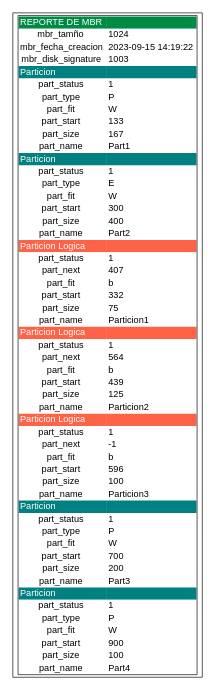
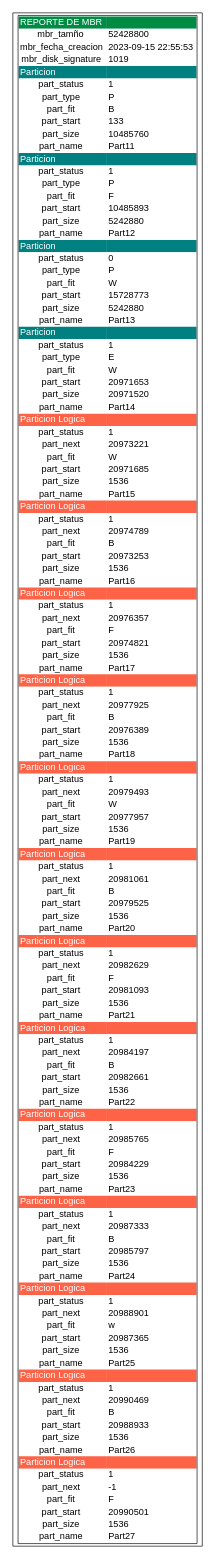
The diagram in reportes/reporte_mbr.dot (luis-tavico/MIA_2SP1_202000562), drawn with Graphviz before and after one commit. The commit also changed 50 other files, not shown here.

```diff
--- a/reportes/reporte_mbr.dot
+++ b/reportes/reporte_mbr.dot
@@ -8,15 +8,15 @@
         </tr>
         <tr>
             <td bgcolor="white" align="center"> mbr_tamño </td>
-            <td bgcolor="white" align="left"> 1024 </td>
+            <td bgcolor="white" align="left"> 52428800 </td>
         </tr>
         <tr>
             <td bgcolor="white" align="center"> mbr_fecha_creacion </td>
-            <td bgcolor="white" align="left"> 2023-09-15 14:19:22 </td>
+            <td bgcolor="white" align="left"> 2023-09-15 22:55:53 </td>
         </tr>
         <tr>
             <td bgcolor="white" align="center"> mbr_disk_signature </td>
-            <td bgcolor="white" align="left"> 1003 </td>
+            <td bgcolor="white" align="left"> 1019 </td>
         </tr>
         <tr>
             <td bgcolor="teal" align="left"><font color="white"> Particion </font></td>
@@ -32,7 +32,7 @@
         </tr>
         <tr>
             <td bgcolor="white" align="center"> part_fit </td>
-            <td bgcolor="white" align="left"> W </td>
+            <td bgcolor="white" align="left"> B </td>
         </tr>
         <tr>
             <td bgcolor="white" align="center"> part_start </td>
@@ -40,11 +40,67 @@
         </tr>
         <tr>
             <td bgcolor="white" align="center"> part_size </td>
-            <td bgcolor="white" align="left"> 167 </td>
+            <td bgcolor="white" align="left"> 10485760 </td>
         </tr>
         <tr>
             <td bgcolor="white" align="center"> part_name </td>
-            <td bgcolor="white" align="left"> Part1 </td>
+            <td bgcolor="white" align="left"> Part11 </td>
+        </tr>
+        <tr>
+            <td bgcolor="teal" align="left"><font color="white"> Particion </font></td>
+            <td bgcolor="teal" align="left"><font color="white"> </font></td>
+        </tr>
+        <tr>
+            <td bgcolor="white" align="center"> part_status </td>
+            <td bgcolor="white" align="left"> 1 </td>
+        </tr>
+        <tr>
+            <td bgcolor="white" align="center"> part_type </td>
+            <td bgcolor="white" align="left"> P </td>
+        </tr>
+        <tr>
+            <td bgcolor="white" align="center"> part_fit </td>
+            <td bgcolor="white" align="left"> F </td>
+        </tr>
+        <tr>
+            <td bgcolor="white" align="center"> part_start </td>
+            <td bgcolor="white" align="left"> 10485893 </td>
+        </tr>
+        <tr>
+            <td bgcolor="white" align="center"> part_size </td>
+            <td bgcolor="white" align="left"> 5242880 </td>
+        </tr>
+        <tr>
+            <td bgcolor="white" align="center"> part_name </td>
+            <td bgcolor="white" align="left"> Part12 </td>
+        </tr>
+        <tr>
+            <td bgcolor="teal" align="left"><font color="white"> Particion </font></td>
+            <td bgcolor="teal" align="left"><font color="white"> </font></td>
+        </tr>
+        <tr>
+            <td bgcolor="white" align="center"> part_status </td>
+            <td bgcolor="white" align="left"> 0 </td>
+        </tr>
+        <tr>
+            <td bgcolor="white" align="center"> part_type </td>
+            <td bgcolor="white" align="left"> P </td>
+        </tr>
+        <tr>
+            <td bgcolor="white" align="center"> part_fit </td>
+            <td bgcolor="white" align="left"> W </td>
+        </tr>
+        <tr>
+            <td bgcolor="white" align="center"> part_start </td>
+            <td bgcolor="white" align="left"> 15728773 </td>
+        </tr>
+        <tr>
+            <td bgcolor="white" align="center"> part_size </td>
+            <td bgcolor="white" align="left"> 5242880 </td>
+        </tr>
+        <tr>
+            <td bgcolor="white" align="center"> part_name </td>
+            <td bgcolor="white" align="left"> Part13 </td>
         </tr>
         <tr>
             <td bgcolor="teal" align="left"><font color="white"> Particion </font></td>
@@ -64,15 +120,15 @@
         </tr>
         <tr>
             <td bgcolor="white" align="center"> part_start </td>
-            <td bgcolor="white" align="left"> 300 </td>
+            <td bgcolor="white" align="left"> 20971653 </td>
         </tr>
         <tr>
             <td bgcolor="white" align="center"> part_size </td>
-            <td bgcolor="white" align="left"> 400 </td>
+            <td bgcolor="white" align="left"> 20971520 </td>
         </tr>
         <tr>
             <td bgcolor="white" align="center"> part_name </td>
-            <td bgcolor="white" align="left"> Part2 </td>
+            <td bgcolor="white" align="left"> Part14 </td>
         </tr>
         <tr>
             <td bgcolor="tomato" align="left"><font color="white"> Particion Logica </font></td>
@@ -84,23 +140,23 @@
         </tr>
         <tr>
             <td bgcolor="white" align="center"> part_next </td>
-            <td bgcolor="white" align="left"> 407 </td>
+            <td bgcolor="white" align="left"> 20973221 </td>
         </tr>
         <tr>
             <td bgcolor="white" align="center"> part_fit </td>
-            <td bgcolor="white" align="left"> b </td>
+            <td bgcolor="white" align="left"> W </td>
         </tr>
         <tr>
             <td bgcolor="white" align="center"> part_start </td>
-            <td bgcolor="white" align="left"> 332 </td>
+            <td bgcolor="white" align="left"> 20971685 </td>
         </tr>
         <tr>
             <td bgcolor="white" align="center"> part_size </td>
-            <td bgcolor="white" align="left"> 75 </td>
+            <td bgcolor="white" align="left"> 1536 </td>
         </tr>
         <tr>
             <td bgcolor="white" align="center"> part_name </td>
-            <td bgcolor="white" align="left"> Particion1 </td>
+            <td bgcolor="white" align="left"> Part15 </td>
         </tr>
         <tr>
             <td bgcolor="tomato" align="left"><font color="white"> Particion Logica </font></td>
@@ -112,23 +168,303 @@
         </tr>
         <tr>
             <td bgcolor="white" align="center"> part_next </td>
-            <td bgcolor="white" align="left"> 564 </td>
+            <td bgcolor="white" align="left"> 20974789 </td>
         </tr>
         <tr>
             <td bgcolor="white" align="center"> part_fit </td>
-            <td bgcolor="white" align="left"> b </td>
+            <td bgcolor="white" align="left"> B </td>
         </tr>
         <tr>
             <td bgcolor="white" align="center"> part_start </td>
-            <td bgcolor="white" align="left"> 439 </td>
+            <td bgcolor="white" align="left"> 20973253 </td>
         </tr>
         <tr>
             <td bgcolor="white" align="center"> part_size </td>
-            <td bgcolor="white" align="left"> 125 </td>
+            <td bgcolor="white" align="left"> 1536 </td>
         </tr>
         <tr>
             <td bgcolor="white" align="center"> part_name </td>
-            <td bgcolor="white" align="left"> Particion2 </td>
+            <td bgcolor="white" align="left"> Part16 </td>
+        </tr>
+        <tr>
+            <td bgcolor="tomato" align="left"><font color="white"> Particion Logica </font></td>
+            <td bgcolor="tomato" align="left"><font color="white"> </font></td>
+        </tr>
+        <tr>
+            <td bgcolor="white" align="center"> part_status </td>
+            <td bgcolor="white" align="left"> 1 </td>
+        </tr>
+        <tr>
+            <td bgcolor="white" align="center"> part_next </td>
+            <td bgcolor="white" align="left"> 20976357 </td>
+        </tr>
+        <tr>
+            <td bgcolor="white" align="center"> part_fit </td>
+            <td bgcolor="white" align="left"> F </td>
+        </tr>
+        <tr>
+            <td bgcolor="white" align="center"> part_start </td>
+            <td bgcolor="white" align="left"> 20974821 </td>
+        </tr>
+        <tr>
+            <td bgcolor="white" align="center"> part_size </td>
+            <td bgcolor="white" align="left"> 1536 </td>
+        </tr>
+        <tr>
+            <td bgcolor="white" align="center"> part_name </td>
+            <td bgcolor="white" align="left"> Part17 </td>
+        </tr>
+        <tr>
+            <td bgcolor="tomato" align="left"><font color="white"> Particion Logica </font></td>
+            <td bgcolor="tomato" align="left"><font color="white"> </font></td>
+        </tr>
+        <tr>
+            <td bgcolor="white" align="center"> part_status </td>
+            <td bgcolor="white" align="left"> 1 </td>
+        </tr>
+        <tr>
+            <td bgcolor="white" align="center"> part_next </td>
+            <td bgcolor="white" align="left"> 20977925 </td>
+        </tr>
+        <tr>
+            <td bgcolor="white" align="center"> part_fit </td>
+            <td bgcolor="white" align="left"> B </td>
+        </tr>
+        <tr>
+            <td bgcolor="white" align="center"> part_start </td>
+            <td bgcolor="white" align="left"> 20976389 </td>
+        </tr>
+        <tr>
+            <td bgcolor="white" align="center"> part_size </td>
+            <td bgcolor="white" align="left"> 1536 </td>
+        </tr>
+        <tr>
+            <td bgcolor="white" align="center"> part_name </td>
+            <td bgcolor="white" align="left"> Part18 </td>
+        </tr>
+        <tr>
+            <td bgcolor="tomato" align="left"><font color="white"> Particion Logica </font></td>
+            <td bgcolor="tomato" align="left"><font color="white"> </font></td>
+        </tr>
+        <tr>
+            <td bgcolor="white" align="center"> part_status </td>
+            <td bgcolor="white" align="left"> 1 </td>
+        </tr>
+        <tr>
+            <td bgcolor="white" align="center"> part_next </td>
+            <td bgcolor="white" align="left"> 20979493 </td>
+        </tr>
+        <tr>
+            <td bgcolor="white" align="center"> part_fit </td>
+            <td bgcolor="white" align="left"> W </td>
+        </tr>
+        <tr>
+            <td bgcolor="white" align="center"> part_start </td>
+            <td bgcolor="white" align="left"> 20977957 </td>
+        </tr>
+        <tr>
+            <td bgcolor="white" align="center"> part_size </td>
+            <td bgcolor="white" align="left"> 1536 </td>
+        </tr>
+        <tr>
+            <td bgcolor="white" align="center"> part_name </td>
+            <td bgcolor="white" align="left"> Part19 </td>
+        </tr>
+        <tr>
+            <td bgcolor="tomato" align="left"><font color="white"> Particion Logica </font></td>
+            <td bgcolor="tomato" align="left"><font color="white"> </font></td>
+        </tr>
+        <tr>
+            <td bgcolor="white" align="center"> part_status </td>
+            <td bgcolor="white" align="left"> 1 </td>
+        </tr>
+        <tr>
+            <td bgcolor="white" align="center"> part_next </td>
+            <td bgcolor="white" align="left"> 20981061 </td>
+        </tr>
+        <tr>
+            <td bgcolor="white" align="center"> part_fit </td>
+            <td bgcolor="white" align="left"> B </td>
+        </tr>
+        <tr>
+            <td bgcolor="white" align="center"> part_start </td>
+            <td bgcolor="white" align="left"> 20979525 </td>
+        </tr>
+        <tr>
+            <td bgcolor="white" align="center"> part_size </td>
+            <td bgcolor="white" align="left"> 1536 </td>
+        </tr>
+        <tr>
+            <td bgcolor="white" align="center"> part_name </td>
+            <td bgcolor="white" align="left"> Part20 </td>
+        </tr>
+        <tr>
+            <td bgcolor="tomato" align="left"><font color="white"> Particion Logica </font></td>
+            <td bgcolor="tomato" align="left"><font color="white"> </font></td>
+        </tr>
+        <tr>
+            <td bgcolor="white" align="center"> part_status </td>
+            <td bgcolor="white" align="left"> 1 </td>
+        </tr>
+        <tr>
+            <td bgcolor="white" align="center"> part_next </td>
+            <td bgcolor="white" align="left"> 20982629 </td>
+        </tr>
+        <tr>
+            <td bgcolor="white" align="center"> part_fit </td>
+            <td bgcolor="white" align="left"> F </td>
+        </tr>
+        <tr>
+            <td bgcolor="white" align="center"> part_start </td>
+            <td bgcolor="white" align="left"> 20981093 </td>
+        </tr>
+        <tr>
+            <td bgcolor="white" align="center"> part_size </td>
+            <td bgcolor="white" align="left"> 1536 </td>
+        </tr>
+        <tr>
+            <td bgcolor="white" align="center"> part_name </td>
+            <td bgcolor="white" align="left"> Part21 </td>
+        </tr>
+        <tr>
+            <td bgcolor="tomato" align="left"><font color="white"> Particion Logica </font></td>
+            <td bgcolor="tomato" align="left"><font color="white"> </font></td>
+        </tr>
+        <tr>
+            <td bgcolor="white" align="center"> part_status </td>
+            <td bgcolor="white" align="left"> 1 </td>
+        </tr>
+        <tr>
+            <td bgcolor="white" align="center"> part_next </td>
+            <td bgcolor="white" align="left"> 20984197 </td>
+        </tr>
+        <tr>
+            <td bgcolor="white" align="center"> part_fit </td>
+            <td bgcolor="white" align="left"> B </td>
+        </tr>
+        <tr>
+            <td bgcolor="white" align="center"> part_start </td>
+            <td bgcolor="white" align="left"> 20982661 </td>
+        </tr>
+        <tr>
+            <td bgcolor="white" align="center"> part_size </td>
+            <td bgcolor="white" align="left"> 1536 </td>
+        </tr>
+        <tr>
+            <td bgcolor="white" align="center"> part_name </td>
+            <td bgcolor="white" align="left"> Part22 </td>
+        </tr>
+        <tr>
+            <td bgcolor="tomato" align="left"><font color="white"> Particion Logica </font></td>
+            <td bgcolor="tomato" align="left"><font color="white"> </font></td>
+        </tr>
+        <tr>
+            <td bgcolor="white" align="center"> part_status </td>
+            <td bgcolor="white" align="left"> 1 </td>
+        </tr>
+        <tr>
+            <td bgcolor="white" align="center"> part_next </td>
+            <td bgcolor="white" align="left"> 20985765 </td>
+        </tr>
+        <tr>
+            <td bgcolor="white" align="center"> part_fit </td>
+            <td bgcolor="white" align="left"> F </td>
+        </tr>
+        <tr>
+            <td bgcolor="white" align="center"> part_start </td>
+            <td bgcolor="white" align="left"> 20984229 </td>
+        </tr>
+        <tr>
+            <td bgcolor="white" align="center"> part_size </td>
+            <td bgcolor="white" align="left"> 1536 </td>
+        </tr>
+        <tr>
+            <td bgcolor="white" align="center"> part_name </td>
+            <td bgcolor="white" align="left"> Part23 </td>
+        </tr>
+        <tr>
+            <td bgcolor="tomato" align="left"><font color="white"> Particion Logica </font></td>
+            <td bgcolor="tomato" align="left"><font color="white"> </font></td>
+        </tr>
+        <tr>
+            <td bgcolor="white" align="center"> part_status </td>
+            <td bgcolor="white" align="left"> 1 </td>
+        </tr>
+        <tr>
+            <td bgcolor="white" align="center"> part_next </td>
+            <td bgcolor="white" align="left"> 20987333 </td>
+        </tr>
+        <tr>
+            <td bgcolor="white" align="center"> part_fit </td>
+            <td bgcolor="white" align="left"> B </td>
+        </tr>
+        <tr>
+            <td bgcolor="white" align="center"> part_start </td>
+            <td bgcolor="white" align="left"> 20985797 </td>
+        </tr>
+        <tr>
+            <td bgcolor="white" align="center"> part_size </td>
+            <td bgcolor="white" align="left"> 1536 </td>
+        </tr>
+        <tr>
+            <td bgcolor="white" align="center"> part_name </td>
+            <td bgcolor="white" align="left"> Part24 </td>
+        </tr>
+        <tr>
+            <td bgcolor="tomato" align="left"><font color="white"> Particion Logica </font></td>
+            <td bgcolor="tomato" align="left"><font color="white"> </font></td>
+        </tr>
+        <tr>
+            <td bgcolor="white" align="center"> part_status </td>
+            <td bgcolor="white" align="left"> 1 </td>
+        </tr>
+        <tr>
+            <td bgcolor="white" align="center"> part_next </td>
+            <td bgcolor="white" align="left"> 20988901 </td>
+        </tr>
+        <tr>
+            <td bgcolor="white" align="center"> part_fit </td>
+            <td bgcolor="white" align="left"> w </td>
+        </tr>
+        <tr>
+            <td bgcolor="white" align="center"> part_start </td>
+            <td bgcolor="white" align="left"> 20987365 </td>
+        </tr>
+        <tr>
+            <td bgcolor="white" align="center"> part_size </td>
+            <td bgcolor="white" align="left"> 1536 </td>
+        </tr>
+        <tr>
+            <td bgcolor="white" align="center"> part_name </td>
+            <td bgcolor="white" align="left"> Part25 </td>
+        </tr>
+        <tr>
+            <td bgcolor="tomato" align="left"><font color="white"> Particion Logica </font></td>
+            <td bgcolor="tomato" align="left"><font color="white"> </font></td>
+        </tr>
+        <tr>
+            <td bgcolor="white" align="center"> part_status </td>
+            <td bgcolor="white" align="left"> 1 </td>
+        </tr>
+        <tr>
+            <td bgcolor="white" align="center"> part_next </td>
+            <td bgcolor="white" align="left"> 20990469 </td>
+        </tr>
+        <tr>
+            <td bgcolor="white" align="center"> part_fit </td>
+            <td bgcolor="white" align="left"> B </td>
+        </tr>
+        <tr>
+            <td bgcolor="white" align="center"> part_start </td>
+            <td bgcolor="white" align="left"> 20988933 </td>
+        </tr>
+        <tr>
+            <td bgcolor="white" align="center"> part_size </td>
+            <td bgcolor="white" align="left"> 1536 </td>
+        </tr>
+        <tr>
+            <td bgcolor="white" align="center"> part_name </td>
+            <td bgcolor="white" align="left"> Part26 </td>
         </tr>
         <tr>
             <td bgcolor="tomato" align="left"><font color="white"> Particion Logica </font></td>
@@ -144,75 +480,19 @@
         </tr>
         <tr>
             <td bgcolor="white" align="center"> part_fit </td>
-            <td bgcolor="white" align="left"> b </td>
+            <td bgcolor="white" align="left"> F </td>
         </tr>
         <tr>
             <td bgcolor="white" align="center"> part_start </td>
-            <td bgcolor="white" align="left"> 596 </td>
+            <td bgcolor="white" align="left"> 20990501 </td>
         </tr>
         <tr>
             <td bgcolor="white" align="center"> part_size </td>
-            <td bgcolor="white" align="left"> 100 </td>
+            <td bgcolor="white" align="left"> 1536 </td>
         </tr>
         <tr>
             <td bgcolor="white" align="center"> part_name </td>
-            <td bgcolor="white" align="left"> Particion3 </td>
-        </tr>
-        <tr>
-            <td bgcolor="teal" align="left"><font color="white"> Particion </font></td>
-            <td bgcolor="teal" align="left"><font color="white"> </font></td>
-        </tr>
-        <tr>
-            <td bgcolor="white" align="center"> part_status </td>
-            <td bgcolor="white" align="left"> 1 </td>
-        </tr>
-        <tr>
-            <td bgcolor="white" align="center"> part_type </td>
-            <td bgcolor="white" align="left"> P </td>
-        </tr>
-        <tr>
-            <td bgcolor="white" align="center"> part_fit </td>
-            <td bgcolor="white" align="left"> W </td>
-        </tr>
-        <tr>
-            <td bgcolor="white" align="center"> part_start </td>
-            <td bgcolor="white" align="left"> 700 </td>
-        </tr>
-        <tr>
-            <td bgcolor="white" align="center"> part_size </td>
-            <td bgcolor="white" align="left"> 200 </td>
-        </tr>
-        <tr>
-            <td bgcolor="white" align="center"> part_name </td>
-            <td bgcolor="white" align="left"> Part3 </td>
-        </tr>
-        <tr>
-            <td bgcolor="teal" align="left"><font color="white"> Particion </font></td>
-            <td bgcolor="teal" align="left"><font color="white"> </font></td>
-        </tr>
-        <tr>
-            <td bgcolor="white" align="center"> part_status </td>
-            <td bgcolor="white" align="left"> 1 </td>
-        </tr>
-        <tr>
-            <td bgcolor="white" align="center"> part_type </td>
-            <td bgcolor="white" align="left"> P </td>
-        </tr>
-        <tr>
-            <td bgcolor="white" align="center"> part_fit </td>
-            <td bgcolor="white" align="left"> W </td>
-        </tr>
-        <tr>
-            <td bgcolor="white" align="center"> part_start </td>
-            <td bgcolor="white" align="left"> 900 </td>
-        </tr>
-        <tr>
-            <td bgcolor="white" align="center"> part_size </td>
-            <td bgcolor="white" align="left"> 100 </td>
-        </tr>
-        <tr>
-            <td bgcolor="white" align="center"> part_name </td>
-            <td bgcolor="white" align="left"> Part4 </td>
+            <td bgcolor="white" align="left"> Part27 </td>
         </tr>
         </table>
     >];
```
